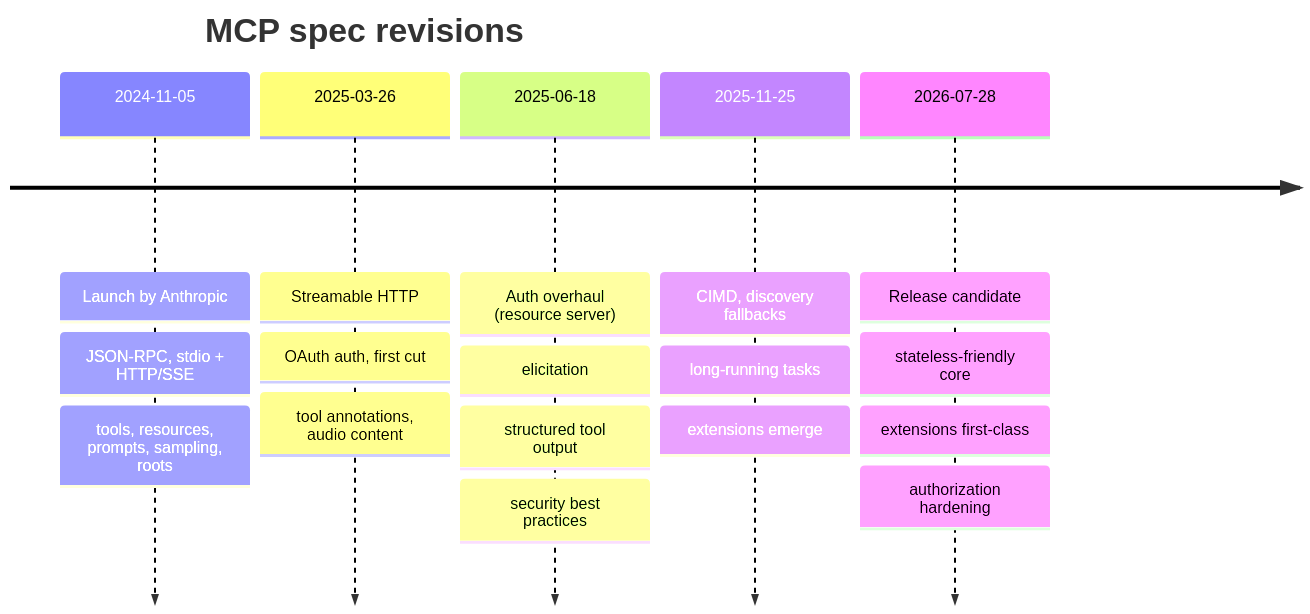
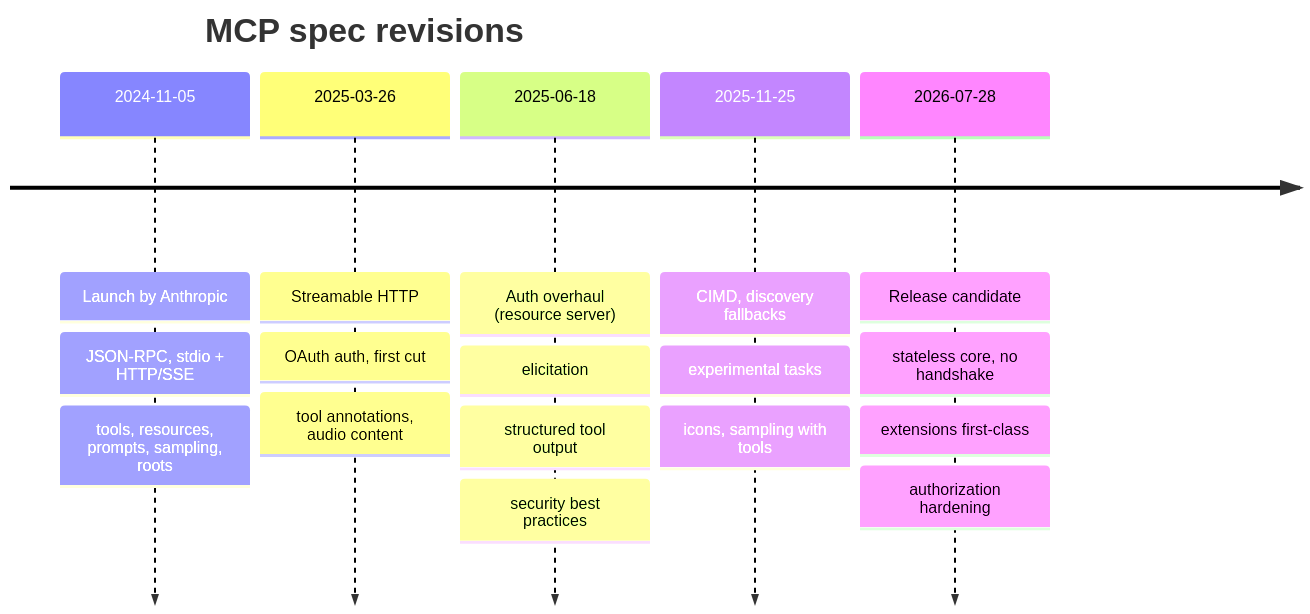
One commit to tdi/tdi.github.io changed the fifth of 5 diagrams in content/posts/how-mcp-works/index.md. Above: the diagram before and after it, drawn with Mermaid. The commit also changed other lines of this file, not shown here.

````diff
--- a/content/posts/how-mcp-works/index.md
+++ b/content/posts/how-mcp-works/index.md
@@ -123,9 +249,9 @@
 ```mermaid
 timeline
     title MCP spec revisions
     2024-11-05 : Launch by Anthropic : JSON-RPC, stdio + HTTP/SSE : tools, resources, prompts, sampling, roots
     2025-03-26 : Streamable HTTP : OAuth auth, first cut : tool annotations, audio content
     2025-06-18 : Auth overhaul (resource server) : elicitation : structured tool output : security best practices
-    2025-11-25 : CIMD, discovery fallbacks : long-running tasks : extensions emerge
-    2026-07-28 : Release candidate : stateless-friendly core : extensions first-class : authorization hardening
+    2025-11-25 : CIMD, discovery fallbacks : experimental tasks : icons, sampling with tools
+    2026-07-28 : Release candidate : stateless core, no handshake : extensions first-class : authorization hardening
 ```
````
